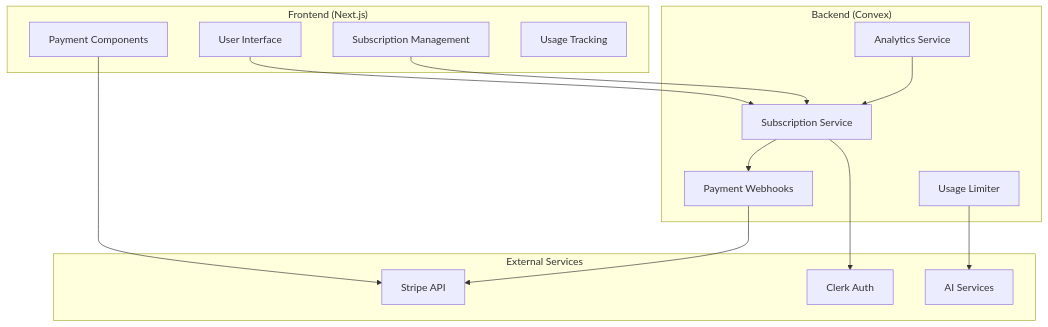
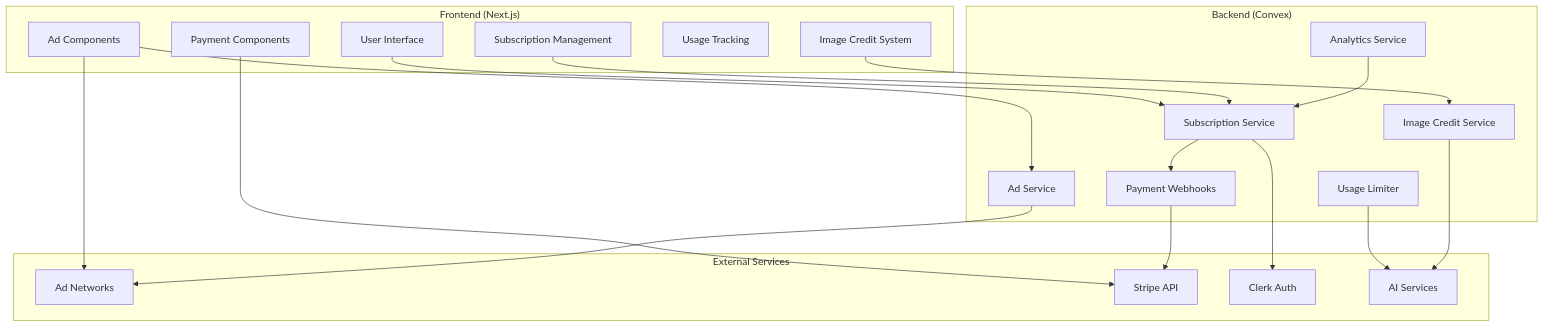
The diagram in .kiro/specs/app-monetization/design.md (KenCorbettJr/ai-wizard-duel-convex), drawn with Mermaid before and after one commit. The commit also changed other lines of this file and 2 other files, not shown here.

````diff
--- a/.kiro/specs/app-monetization/design.md
+++ b/.kiro/specs/app-monetization/design.md
@@ -13,31 +13,41 @@
 ```mermaid
 graph TB
     subgraph "Frontend (Next.js)"
         A[User Interface]
-        B[Subscription Management]
-        C[Payment Components]
-        D[Usage Tracking]
+        B[Ad Components]
+        C[Subscription Management]
+        D[Payment Components]
+        E[Usage Tracking]
+        F[Image Credit System]
     end
 
     subgraph "Backend (Convex)"
-        E[Subscription Service]
-        F[Usage Limiter]
-        G[Payment Webhooks]
-        H[Analytics Service]
+        G[Ad Service]
+        H[Image Credit Service]
+        I[Subscription Service]
+        J[Usage Limiter]
+        K[Payment Webhooks]
+        L[Analytics Service]
     end
 
     subgraph "External Services"
-        I[Stripe API]
-        J[Clerk Auth]
-        K[AI Services]
+        M[Ad Networks]
+        N[Stripe API]
+        O[Clerk Auth]
+        P[AI Services]
     end
 
-    A --> E
-    B --> E
+    A --> I
+    B --> G
+    B --> M
     C --> I
-    E --> G
-    G --> I
-    F --> K
-    E --> J
-    H --> E
+    D --> N
+    F --> H
+    I --> K
+    K --> N
+    J --> P
+    I --> O
+    L --> I
+    G --> M
+    H --> P
 ```
````
